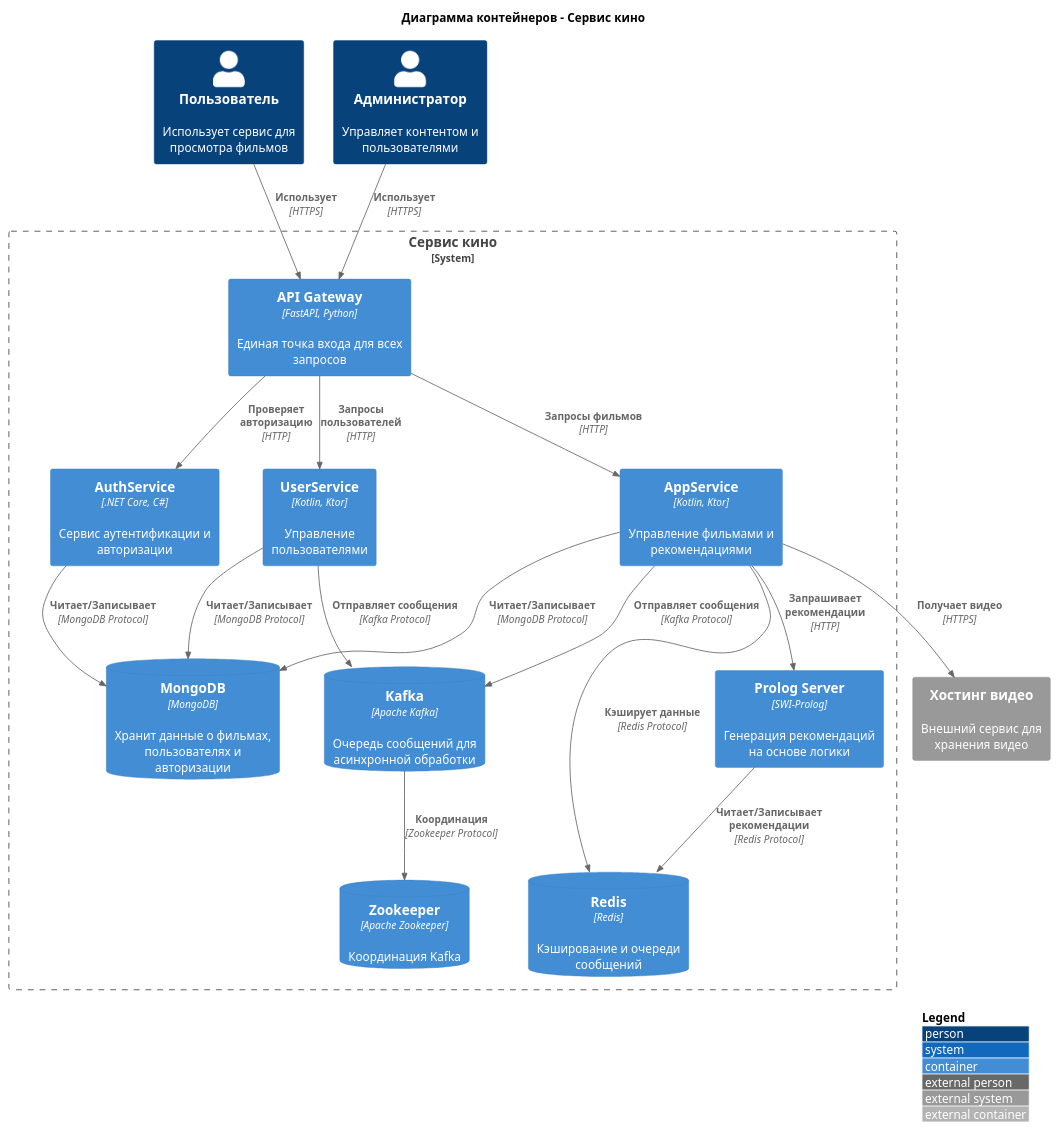
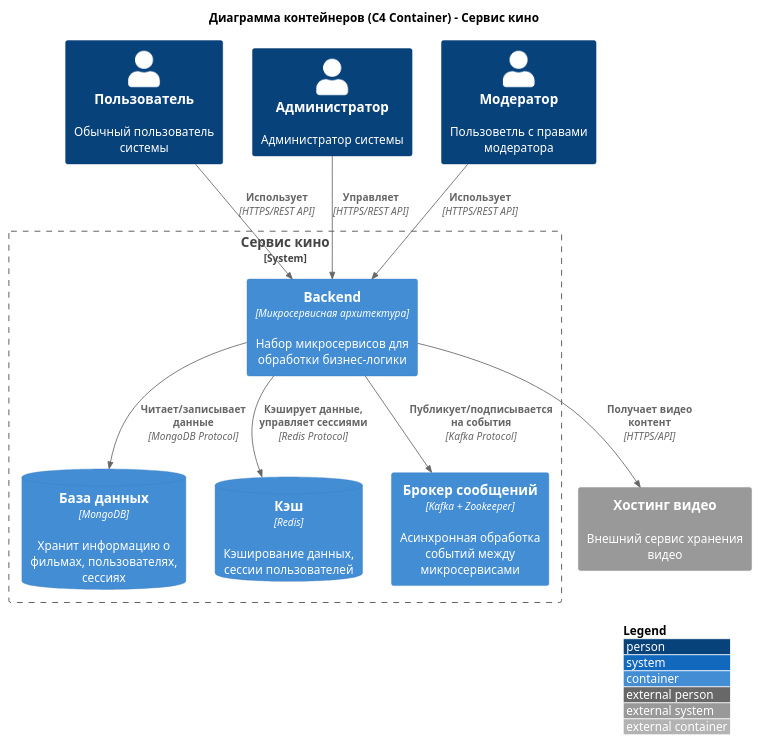
Before and after one commit to niksahn/ServerLaba: the diagram in diagrs/c4-container.puml, drawn with PlantUML. The commit also changed 4 other files, not shown here.

```diff
--- a/diagrs/c4-container.puml
+++ b/diagrs/c4-container.puml
@@ -1,47 +1,30 @@
-@startuml C4 Container Diagram
+@startuml c4-container
 !include https://raw.githubusercontent.com/plantuml-stdlib/C4-PlantUML/master/C4_Container.puml
 
 LAYOUT_WITH_LEGEND()
 
-title Диаграмма контейнеров - Сервис кино
+title Диаграмма контейнеров (C4 Container) - Сервис кино
 
-Person(user, "Пользователь", "Использует сервис для просмотра фильмов")
-Person(admin, "Администратор", "Управляет контентом и пользователями")
+Person(user, "Пользователь", "Обычный пользователь системы")
+Person(admin, "Администратор", "Администратор системы")
+Person(moderator, "Модератор", "Пользоветль с правами модератора")
 
-System_Boundary(cinema_system, "Сервис кино") {
-    Container(api_gateway, "API Gateway", "FastAPI, Python", "Единая точка входа для всех запросов")
-    Container(auth_service, "AuthService", ".NET Core, C#", "Сервис аутентификации и авторизации")
-    Container(user_service, "UserService", "Kotlin, Ktor", "Управление пользователями")
-    Container(app_service, "AppService", "Kotlin, Ktor", "Управление фильмами и рекомендациями")
-    Container(prolog_server, "Prolog Server", "SWI-Prolog", "Генерация рекомендаций на основе логики")
-    
-    ContainerDb(mongodb, "MongoDB", "MongoDB", "Хранит данные о фильмах, пользователях и авторизации")
-    ContainerDb(redis, "Redis", "Redis", "Кэширование и очереди сообщений")
-    ContainerDb(kafka, "Kafka", "Apache Kafka", "Очередь сообщений для асинхронной обработки")
-    ContainerDb(zookeeper, "Zookeeper", "Apache Zookeeper", "Координация Kafka")
+System_Boundary(movie_system, "Сервис кино") {
+    Container(backend, "Backend", "Микросервисная архитектура", "Набор микросервисов для обработки бизнес-логики")
+    ContainerDb(database, "База данных", "MongoDB", "Хранит информацию о фильмах, пользователях, сессиях")
+    ContainerDb(redis, "Кэш", "Redis", "Кэширование данных, сессии пользователей")
+    Container(kafka, "Брокер сообщений", "Kafka + Zookeeper", "Асинхронная обработка событий между микросервисами")
 }
 
-System_Ext(video_hosting, "Хостинг видео", "Внешний сервис для хранения видео")
+System_Ext(video_hosting, "Хостинг видео", "Внешний сервис хранения видео")
 
-Rel(user, api_gateway, "Использует", "HTTPS")
-Rel(admin, api_gateway, "Использует", "HTTPS")
+Rel(user, backend, "Использует", "HTTPS/REST API")
+Rel(admin, backend, "Управляет", "HTTPS/REST API")
+Rel(moderator, backend, "Использует", "HTTPS/REST API")
 
-Rel(api_gateway, auth_service, "Проверяет авторизацию", "HTTP")
-Rel(api_gateway, user_service, "Запросы пользователей", "HTTP")
-Rel(api_gateway, app_service, "Запросы фильмов", "HTTP")
-
-Rel(auth_service, mongodb, "Читает/Записывает", "MongoDB Protocol")
-Rel(user_service, mongodb, "Читает/Записывает", "MongoDB Protocol")
-Rel(app_service, mongodb, "Читает/Записывает", "MongoDB Protocol")
-
-Rel(app_service, redis, "Кэширует данные", "Redis Protocol")
-Rel(prolog_server, redis, "Читает/Записывает рекомендации", "Redis Protocol")
-
-Rel(app_service, kafka, "Отправляет сообщения", "Kafka Protocol")
-Rel(user_service, kafka, "Отправляет сообщения", "Kafka Protocol")
-Rel(kafka, zookeeper, "Координация", "Zookeeper Protocol")
-
-Rel(app_service, prolog_server, "Запрашивает рекомендации", "HTTP")
-Rel(app_service, video_hosting, "Получает видео", "HTTPS")
+Rel(backend, database, "Читает/записывает данные", "MongoDB Protocol")
+Rel(backend, redis, "Кэширует данные, управляет сессиями", "Redis Protocol")
+Rel(backend, kafka, "Публикует/подписывается на события", "Kafka Protocol")
+Rel(backend, video_hosting, "Получает видео контент", "HTTPS/API")
 
 @enduml
```
